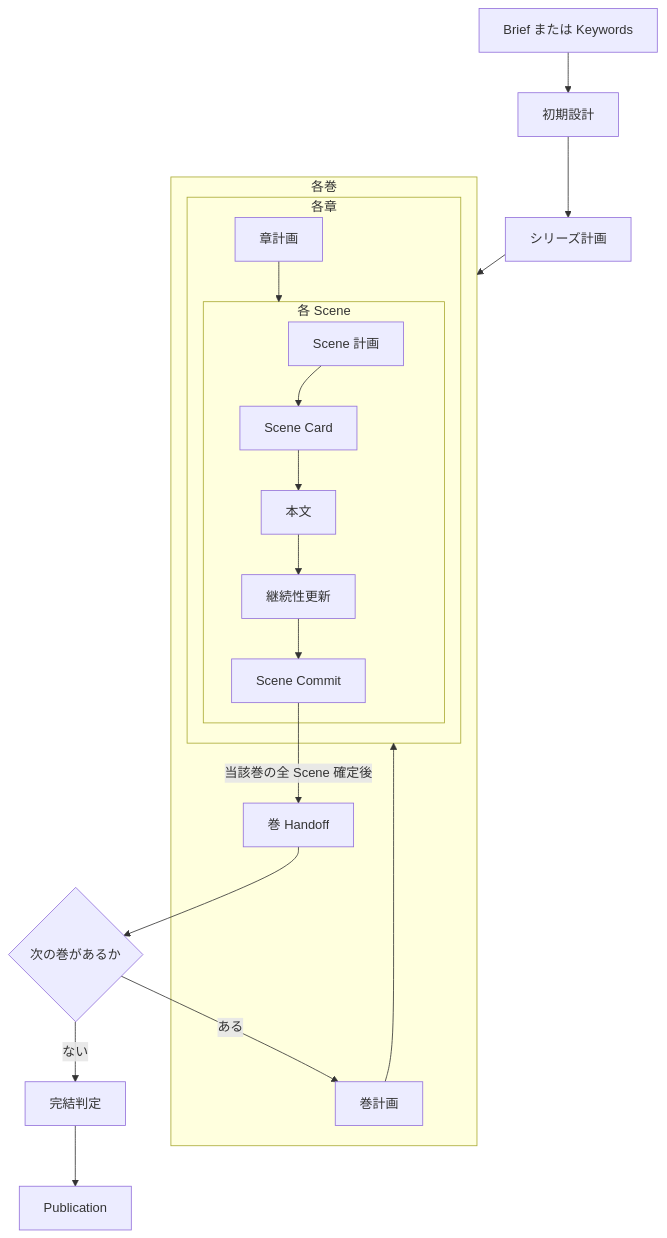
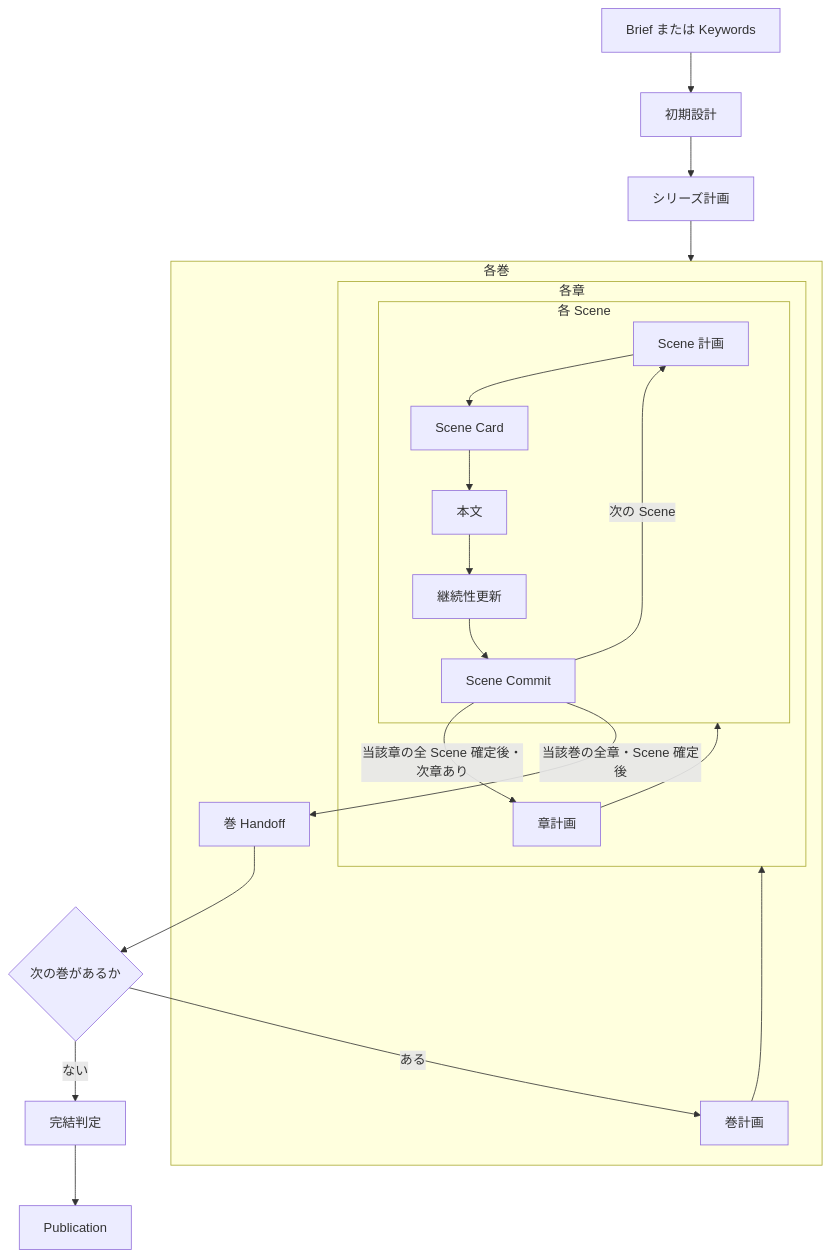
The diagram in docs/SPECIFICATION.md (goura32/storycraft), drawn with Mermaid before and after one commit. The commit also changed other lines of this file and 1 other file, not shown here.

````diff
--- a/docs/SPECIFICATION.md
+++ b/docs/SPECIFICATION.md
@@ -56,23 +56,25 @@
 ```mermaid
 flowchart TD
   I[Brief または Keywords] --> D[初期設計]
   D --> S[シリーズ計画]
   S --> V
   subgraph V[各巻]
     VP[巻計画] --> C
     subgraph C[各章]
       CP[章計画] --> P
       subgraph P[各 Scene]
         SP[Scene 計画] --> K[Scene Card]
         K --> W[本文]
         W --> N[継続性更新]
         N --> M[Scene Commit]
+        M -->|次の Scene| SP
       end
+      M -->|当該章の全 Scene 確定後・次章あり| CP
     end
-    M -->|当該巻の全 Scene 確定後| H[巻 Handoff]
+    M -->|当該巻の全章・Scene 確定後| H[巻 Handoff]
   end
   H --> X{次の巻があるか}
   X -->|ある| VP
   X -->|ない| Q[完結判定]
   Q --> U[Publication]
 ```
````
